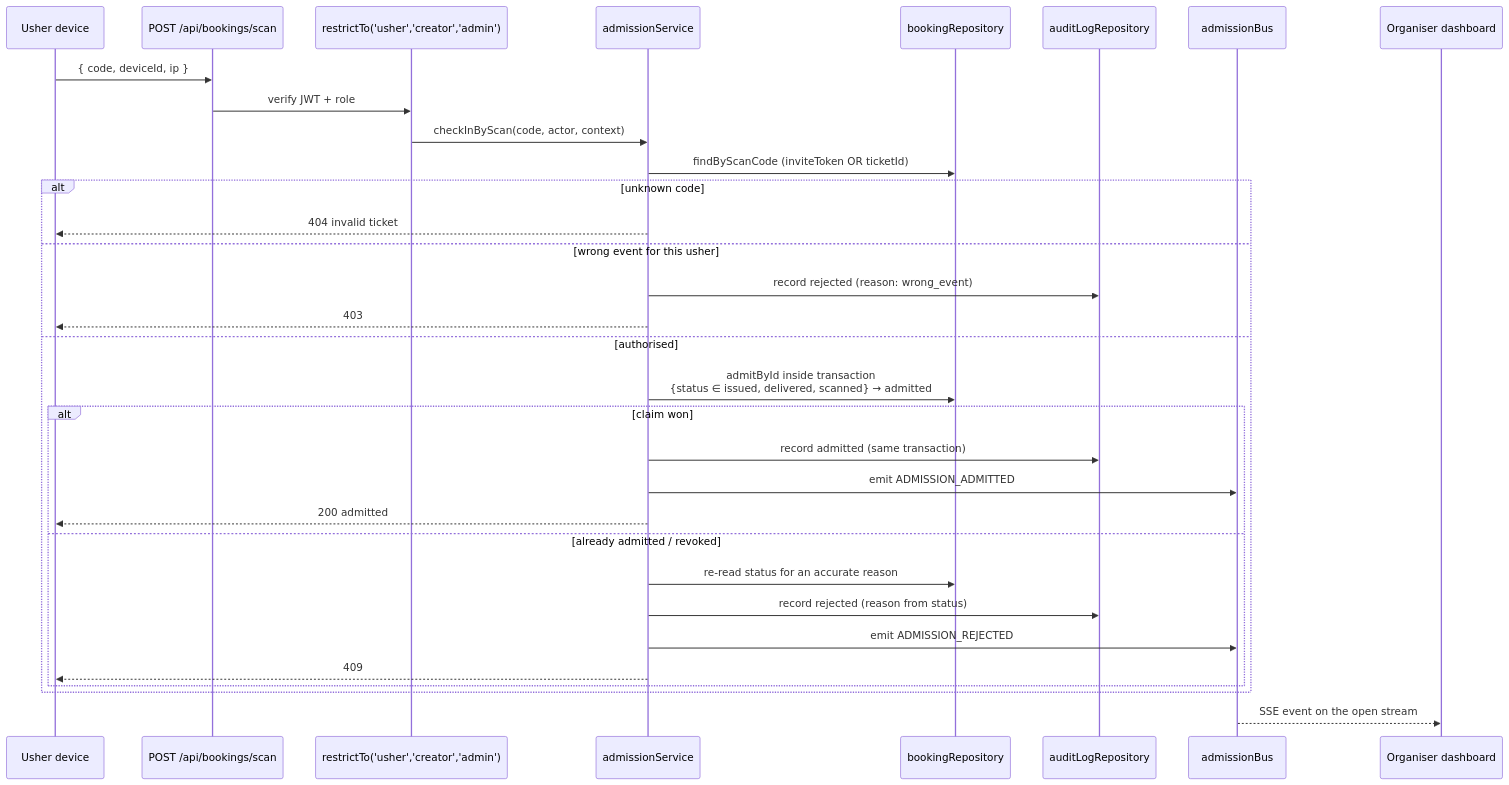
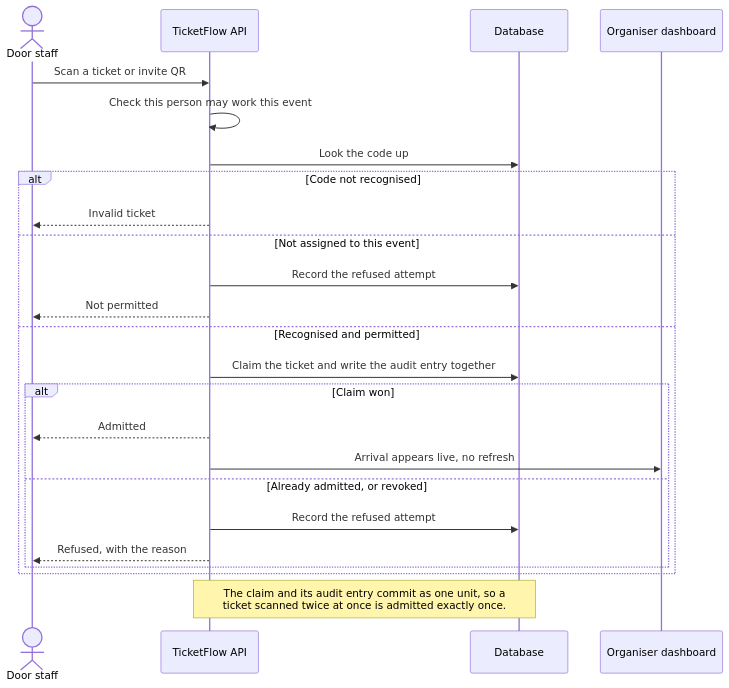
The fourth of 6 diagrams in docs/architecture-diagram.md (dLuxKid/ticketflow), drawn with Mermaid before and after one commit. The commit also changed other lines of this file and 62 other files, not shown here.

````diff
--- a/docs/architecture-diagram.md
+++ b/docs/architecture-diagram.md
@@ -202,35 +202,28 @@
 ```mermaid
 sequenceDiagram
-    participant U as Usher device
-    participant API as POST /api/bookings/scan
-    participant AC as restrictTo('usher','creator','admin')
-    participant AS as admissionService
-    participant BR as bookingRepository
-    participant AL as auditLogRepository
-    participant BUS as admissionBus
+    actor U as Door staff
+    participant API as TicketFlow API
+    participant DB as Database
     participant D as Organiser dashboard
 
-    U->>API: { code, deviceId, ip }
-    API->>AC: verify JWT + role
-    AC->>AS: checkInByScan(code, actor, context)
-    AS->>BR: findByScanCode (inviteToken OR ticketId)
-    alt unknown code
-        AS-->>U: 404 invalid ticket
-    else wrong event for this usher
-        AS->>AL: record rejected (reason: wrong_event)
-        AS-->>U: 403
-    else authorised
-        AS->>BR: admitById inside transaction<br/>{status ∈ issued, delivered, scanned} → admitted
-        alt claim won
-            AS->>AL: record admitted (same transaction)
-            AS->>BUS: emit ADMISSION_ADMITTED
-            AS-->>U: 200 admitted
-        else already admitted / revoked
-            AS->>BR: re-read status for an accurate reason
-            AS->>AL: record rejected (reason from status)
-            AS->>BUS: emit ADMISSION_REJECTED
-            AS-->>U: 409
+    U->>API: Scan a ticket or invite QR
+    API->>API: Check this person may work this event
+    API->>DB: Look the code up
+
+    alt Code not recognised
+        API-->>U: Invalid ticket
+    else Not assigned to this event
+        API->>DB: Record the refused attempt
+        API-->>U: Not permitted
+    else Recognised and permitted
+        API->>DB: Claim the ticket and write the audit entry together
+        alt Claim won
+            API-->>U: Admitted
+            API->>D: Arrival appears live, no refresh
+        else Already admitted, or revoked
+            API->>DB: Record the refused attempt
+            API-->>U: Refused, with the reason
         end
     end
-    BUS-->>D: SSE event on the open stream
+    Note over API,DB: The claim and its audit entry commit as one unit, so a<br/>ticket scanned twice at once is admitted exactly once.
 ```
````
